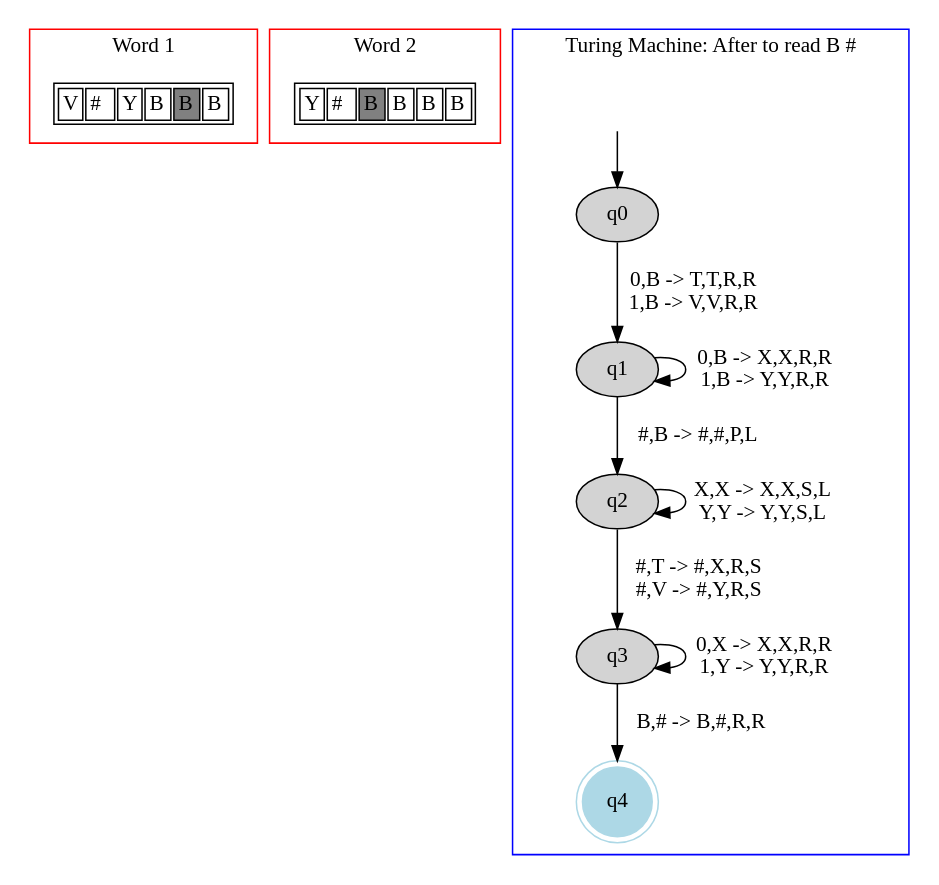
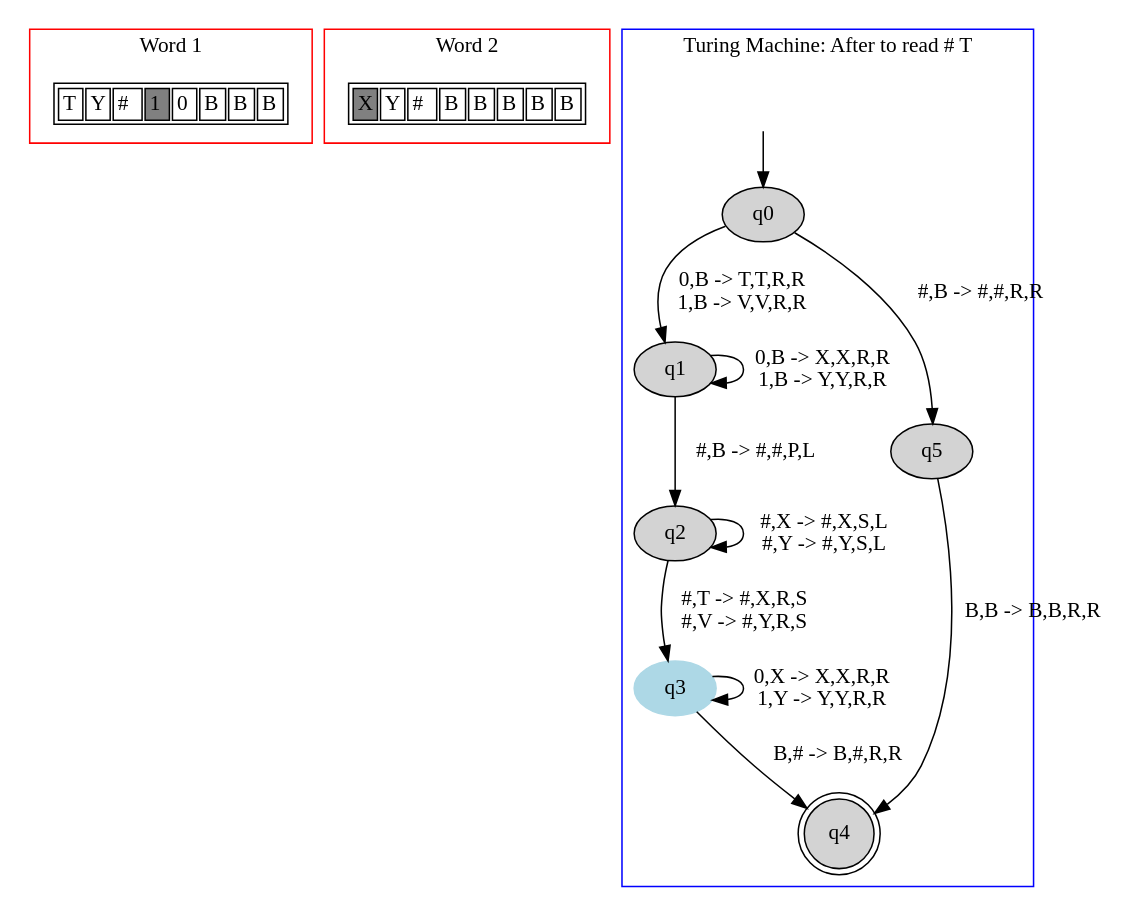
One commit to danielScLima/turing_machine_2_fitas changed the diagram in TM2FITAS/images/file6.dot. Above: the diagram before and after it, drawn with Graphviz. The commit also changed 22 other files, not shown here.

```diff
--- a/TM2FITAS/images/file6.dot
+++ b/TM2FITAS/images/file6.dot
@@ -1,58 +1,65 @@
 digraph G {
 	subgraph cluster_0 {
 		node [shape=plaintext];
 
 struct1 [label=<<TABLE>
 <TR>
-<TD><FONT>V</FONT></TD>
+<TD><FONT>T</FONT></TD>
+<TD><FONT>Y</FONT></TD>
 <TD><FONT>#</FONT></TD>
-<TD><FONT>Y</FONT></TD>
+<TD BGCOLOR="gray"><FONT>1</FONT></TD>
+<TD><FONT>0</FONT></TD>
 <TD><FONT>B</FONT></TD>
-<TD BGCOLOR="gray"><FONT>B</FONT></TD>
+<TD><FONT>B</FONT></TD>
 <TD><FONT>B</FONT></TD>
 </TR>
 </TABLE>>];
 label = "Word 1";
 color=red;
 }
 	subgraph cluster_2 {
 		node [shape=plaintext];
 
 struct2 [label=<<TABLE>
 <TR>
+<TD BGCOLOR="gray"><FONT>X</FONT></TD>
 <TD><FONT>Y</FONT></TD>
 <TD><FONT>#</FONT></TD>
-<TD BGCOLOR="gray"><FONT>B</FONT></TD>
+<TD><FONT>B</FONT></TD>
+<TD><FONT>B</FONT></TD>
 <TD><FONT>B</FONT></TD>
 <TD><FONT>B</FONT></TD>
 <TD><FONT>B</FONT></TD>
 </TR>
 </TABLE>>];
 label = "Word 2";
 color=red;
 }
 	subgraph cluster_1 {
 		node [style=filled];
-		label = "Turing Machine: After to read B #"
+		label = "Turing Machine: After to read # T"
 		color=blue;
 
 		q0;
 		q1;
 		q2;
-		q3;
-		q4 [shape="doublecircle",color="lightblue"];
+		q3 [color="lightblue"];
+		q4 [shape="doublecircle"];
+		q5;
 		q0->q1[label="0,B -> T,T,R,R
 1,B -> V,V,R,R"];
+		q0->q5[label="#,B -> #,#,R,R"];
 		q1->q1[label="0,B -> X,X,R,R
 1,B -> Y,Y,R,R"];
 		q1->q2[label="#,B -> #,#,P,L"];
-		q2->q2[label="X,X -> X,X,S,L
-Y,Y -> Y,Y,S,L"];
+		q2->q2[label="#,X -> #,X,S,L
+#,Y -> #,Y,S,L"];
 		q2->q3[label="#,T -> #,X,R,S
 #,V -> #,Y,R,S"];
 		q3->q3[label="0,X -> X,X,R,R
 1,Y -> Y,Y,R,R"];
 		q3->q4[label="B,# -> B,#,R,R"];
+		q5->q4[label="B,B -> B,B,R,R"];
 x [color=white, label=""];		x->q0	}
 
 }
```
